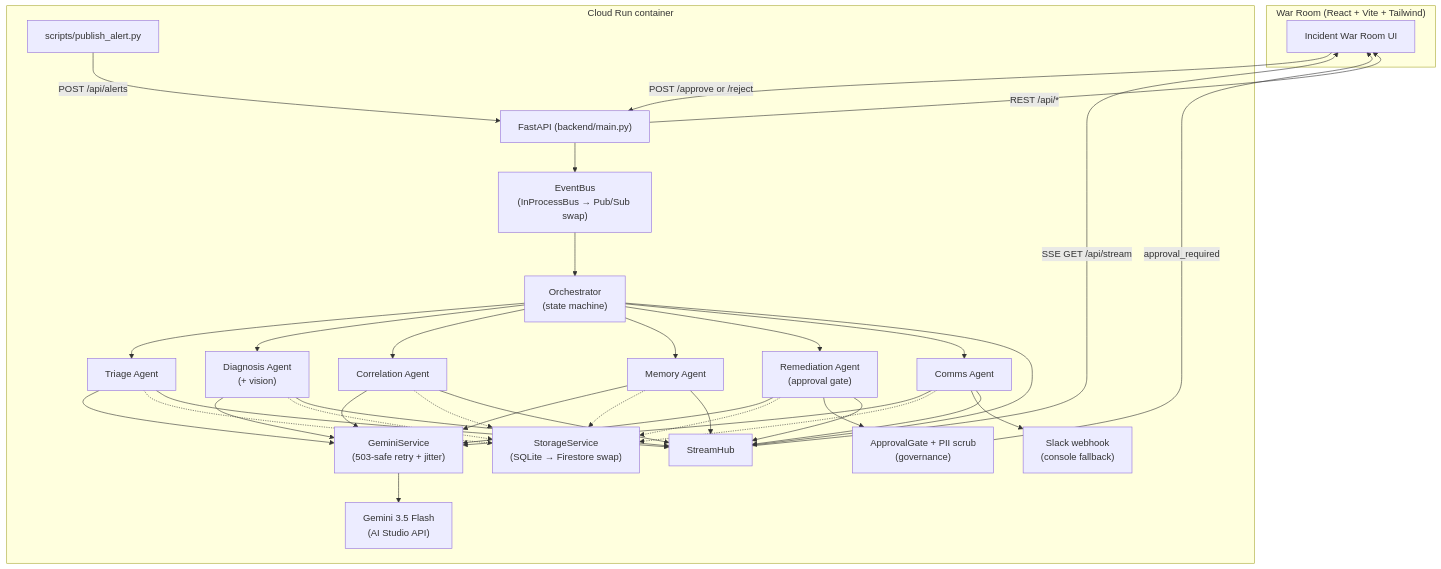
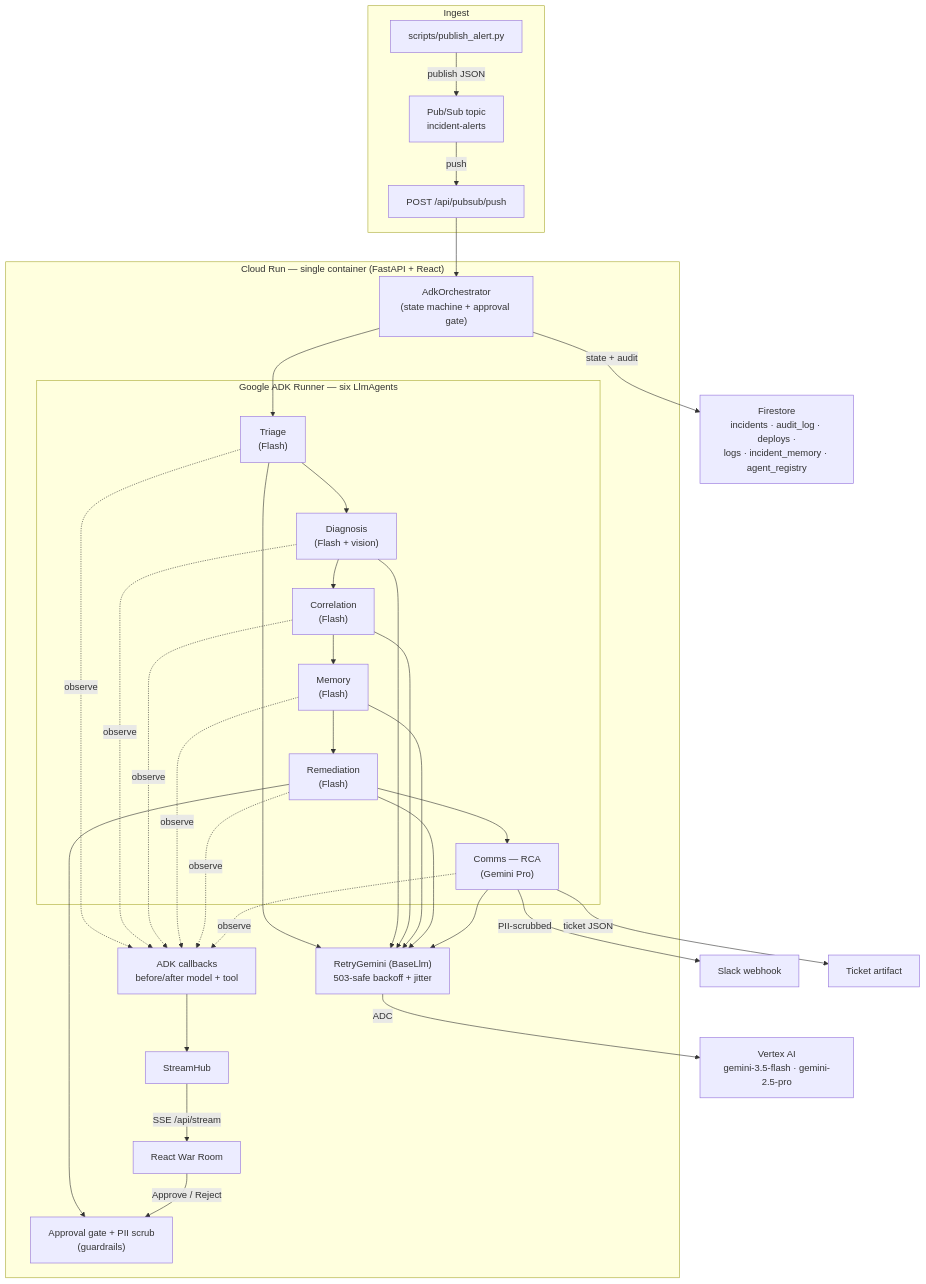
One commit to Sak3th2004/Aegisops changed the first of 2 diagrams in ARCHITECTURE.md. Above: the diagram before and after it, drawn with Mermaid. The commit also changed other lines of this file and 1 other file, not shown here.

First line of the commit message:
docs: architecture, README, submission assets

````diff
--- a/ARCHITECTURE.md
+++ b/ARCHITECTURE.md
@@ -36,52 +14,38 @@
 ```mermaid
 flowchart TB
-    subgraph client["War Room (React + Vite + Tailwind)"]
-        UI["Incident War Room UI"]
+    subgraph Ingest
+      PUB["scripts/publish_alert.py"] -->|publish JSON| TOPIC["Pub/Sub topic<br/>incident-alerts"]
+      TOPIC -->|push| PUSH["POST /api/pubsub/push"]
     end
 
-    subgraph cloudrun["Cloud Run container"]
-        PUB["scripts/publish_alert.py"] -->|POST /api/alerts| API["FastAPI (backend/main.py)"]
-        API --> BUS["EventBus\n(InProcessBus → Pub/Sub swap)"]
-        BUS --> ORCH["Orchestrator\n(state machine)"]
+    subgraph CloudRun["Cloud Run — single container (FastAPI + React)"]
+      PUSH --> ORCH["AdkOrchestrator<br/>(state machine + approval gate)"]
 
-        ORCH --> TRIAGE["Triage Agent"]
-        ORCH --> DIAG["Diagnosis Agent\n(+ vision)"]
-        ORCH --> CORR["Correlation Agent"]
-        ORCH --> MEM["Memory Agent"]
-        ORCH --> REM["Remediation Agent\n(approval gate)"]
-        ORCH --> COMMS["Comms Agent"]
+      subgraph ADK["Google ADK Runner — six LlmAgents"]
+        A1["Triage<br/>(Flash)"]
+        A2["Diagnosis<br/>(Flash + vision)"]
+        A3["Correlation<br/>(Flash)"]
+        A4["Memory<br/>(Flash)"]
+        A5["Remediation<br/>(Flash)"]
+        A6["Comms — RCA<br/>(Gemini Pro)"]
+      end
+      ORCH --> A1 --> A2 --> A3 --> A4 --> A5 --> A6
 
-        TRIAGE --> GEM
-        DIAG --> GEM
-        CORR --> GEM
-        MEM --> GEM
-        REM --> GEM
-        COMMS --> GEM
+      RETRY["RetryGemini (BaseLlm)<br/>503-safe backoff + jitter"]
+      A1 & A2 & A3 & A4 & A5 & A6 --> RETRY
+      CB["ADK callbacks<br/>before/after model + tool"]
+      A1 & A2 & A3 & A4 & A5 & A6 -.observe.-> CB
+      GATE["Approval gate + PII scrub<br/>(guardrails)"]
+      A5 --> GATE
 
-        GEM["GeminiService\n(503-safe retry + jitter)"] --> FLASH["Gemini 3.5 Flash\n(AI Studio API)"]
-
-        TRIAGE -.-> STORE
-        DIAG -.-> STORE
-        CORR -.-> STORE
-        MEM -.-> STORE
-        REM -.-> STORE
-        COMMS -.-> STORE
-        STORE["StorageService\n(SQLite → Firestore swap)"]
-
-        REM --> GATE["ApprovalGate + PII scrub\n(governance)"]
-        COMMS --> SLACK["Slack webhook\n(console fallback)"]
-
-        ORCH --> HUB["StreamHub"]
-        TRIAGE --> HUB
-        DIAG --> HUB
-        CORR --> HUB
-        MEM --> HUB
-        REM --> HUB
-        COMMS --> HUB
+      HUB["StreamHub"]
+      CB --> HUB
+      HUB -->|SSE /api/stream| UI["React War Room"]
+      UI -->|Approve / Reject| GATE
     end
 
-    HUB -->|SSE GET /api/stream| UI
-    API -->|REST /api/*| UI
-    GATE -->|approval_required| UI
-    UI -->|POST /approve or /reject| API
+    RETRY -->|ADC| VERTEX["Vertex AI<br/>gemini-3.5-flash · gemini-2.5-pro"]
+    ORCH -->|state + audit| FS["Firestore<br/>incidents · audit_log · deploys ·<br/>logs · incident_memory · agent_registry"]
+    A6 -->|PII-scrubbed| SLACK["Slack webhook"]
+    A6 -->|ticket JSON| TICKET["Ticket artifact"]
 ```
````
